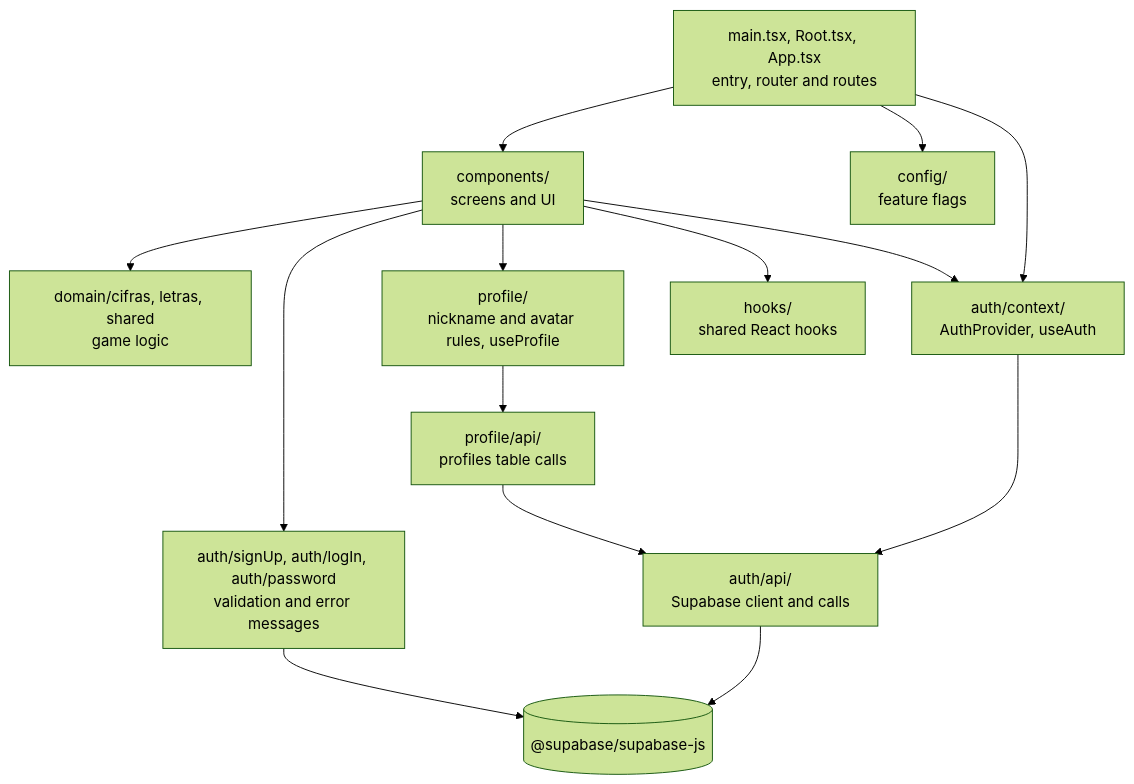
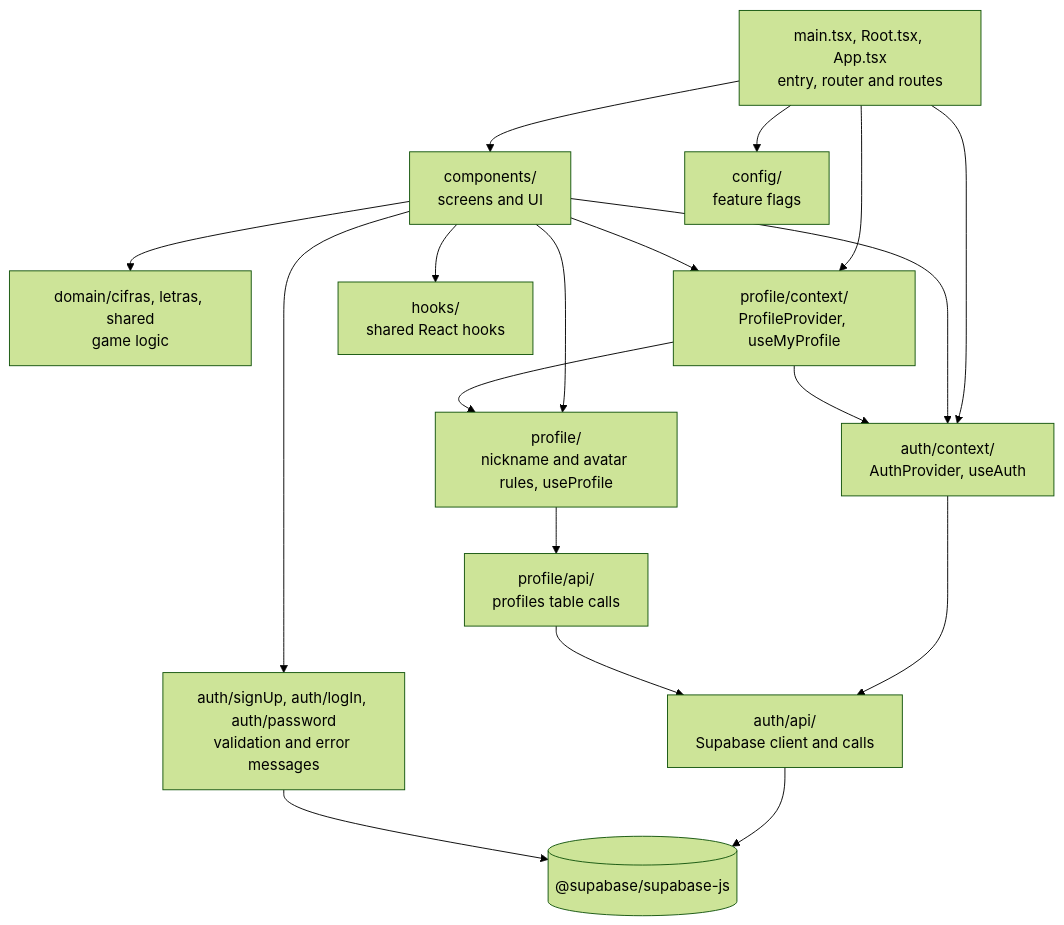
Before and after one commit to MatiCoding/calculetra: the second of 2 diagrams in docs/architecture.md, drawn with Mermaid (forest theme). The commit also changed other lines of this file and 2 other files, not shown here.

First line of the commit message:
docs: document the profile provider and the new header

````diff
--- a/docs/architecture.md
+++ b/docs/architecture.md
@@ -58,28 +58,33 @@
 ```mermaid
 flowchart TD
     entry["main.tsx, Root.tsx, App.tsx<br/>entry, router and routes"]
     components["components/<br/>screens and UI"]
     domain["domain/cifras, letras, shared<br/>game logic"]
     authContext["auth/context/<br/>AuthProvider, useAuth"]
     authForms["auth/signUp, auth/logIn, auth/password<br/>validation and error messages"]
     authApi["auth/api/<br/>Supabase client and calls"]
     profile["profile/<br/>nickname and avatar rules, useProfile"]
+    profileContext["profile/context/<br/>ProfileProvider, useMyProfile"]
     profileApi["profile/api/<br/>profiles table calls"]    
     config["config/<br/>feature flags"]
     hooks["hooks/<br/>shared React hooks"]
     supabaseLib[("@supabase/supabase-js")]
 
     entry --> components
     entry --> authContext
+    entry --> profileContext
     entry --> config
     components --> domain
     components --> authContext
     components --> authForms
     components --> hooks
     authContext --> authApi
     authApi --> supabaseLib
     authForms --> supabaseLib
     components --> profile
+    components --> profileContext
+    profileContext --> authContext
+    profileContext --> profile
     profile --> profileApi
     profileApi --> authApi    
 ```
````
